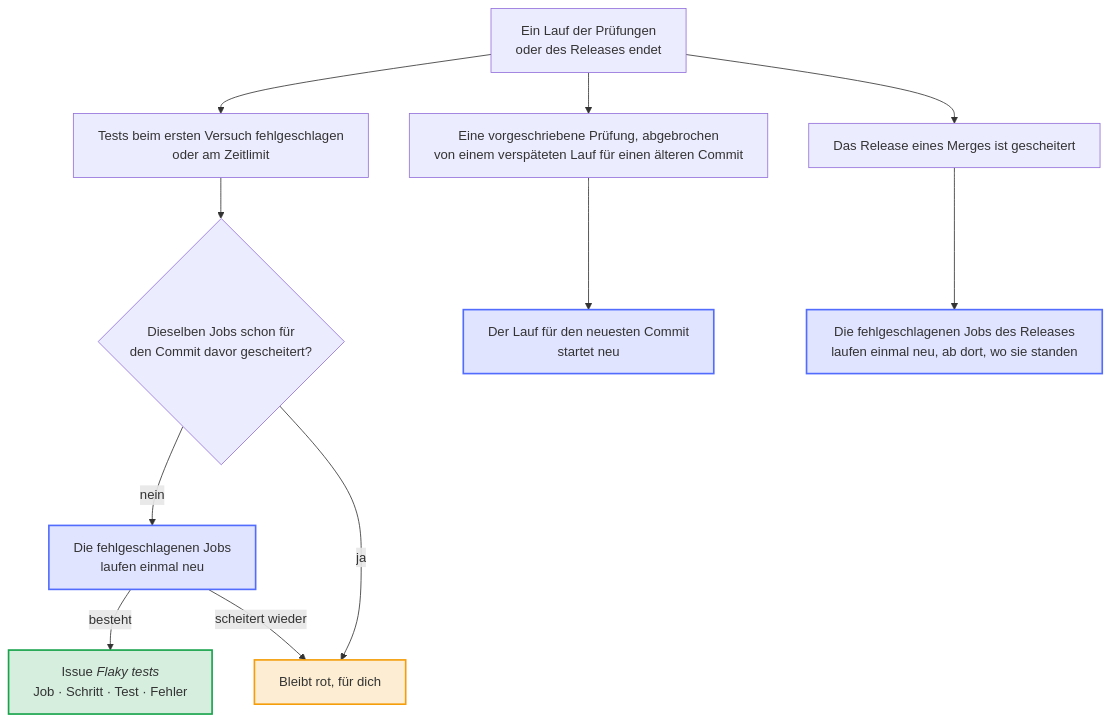
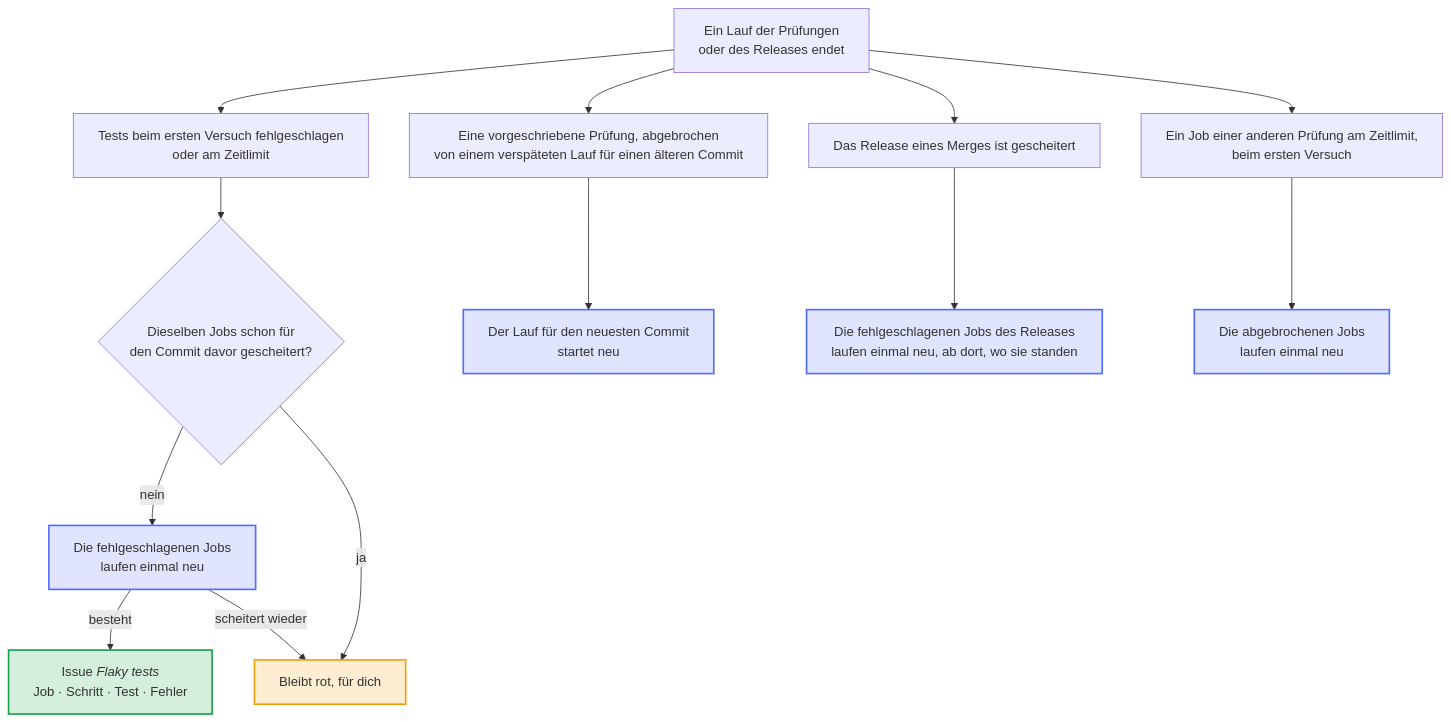
The diagram in docs/diagrams/when-a-check-fails-or-stops.de.mmd (Dennis-Otto/repo-blueprint), drawn with Mermaid before and after one commit. The commit also changed 75 other files, not shown here.

```diff
--- a/docs/diagrams/when-a-check-fails-or-stops.de.mmd
+++ b/docs/diagrams/when-a-check-fails-or-stops.de.mmd
@@ -1,37 +1,41 @@
 ---
 config:
   flowchart:
     wrappingWidth: 400
 ---
 flowchart TB
     accTitle: Wenn eine Prüfung scheitert oder abbricht
-    accDescr: Wenn ein Lauf der Prüfungen oder des Releases endet, schauen die Bots nach den Prüfungen, wie. Tests, die beim ersten Versuch fehlgeschlagen sind oder ihr Zeitlimit erreicht haben, führen ihre fehlgeschlagenen Jobs einmal neu aus, außer dieselben Jobs sind schon für den Commit davor gescheitert; ein Job, der dann besteht, kommt mit seinem Schritt, seinem Test und seinem Fehler in das Issue der wackeligen Tests, und einer, der wieder scheitert, bleibt rot. Eine vorgeschriebene Prüfung, die ein verspäteter Lauf für einen älteren Commit abgebrochen hat, startet neu. Das Release eines Merges, das gescheitert ist, führt seine fehlgeschlagenen Jobs einmal neu aus, dort, wo sie stehen geblieben sind.
+    accDescr: Wenn ein Lauf der Prüfungen oder des Releases endet, schauen die Bots nach den Prüfungen, wie. Tests, die beim ersten Versuch fehlgeschlagen sind oder ihr Zeitlimit erreicht haben, führen ihre fehlgeschlagenen Jobs einmal neu aus, außer dieselben Jobs sind schon für den Commit davor gescheitert; ein Job, der dann besteht, kommt mit seinem Schritt, seinem Test und seinem Fehler in das Issue der wackeligen Tests, und einer, der wieder scheitert, bleibt rot. Eine vorgeschriebene Prüfung, die ein verspäteter Lauf für einen älteren Commit abgebrochen hat, startet neu. Ein Job einer anderen Prüfung, der beim ersten Versuch sein Zeitlimit erreicht hat, läuft einmal neu. Das Release eines Merges, das gescheitert ist, führt seine fehlgeschlagenen Jobs einmal neu aus, dort, wo sie stehen geblieben sind.
 
     run["Ein Lauf der Prüfungen<br>oder des Releases endet"]
     tests["Tests beim ersten Versuch fehlgeschlagen<br>oder am Zeitlimit"]
     raced["Eine vorgeschriebene Prüfung, abgebrochen<br>von einem verspäteten Lauf für einen älteren Commit"]
     release["Das Release eines Merges ist gescheitert"]
+    late["Ein Job einer anderen Prüfung am Zeitlimit,<br>beim ersten Versuch"]
     before{"Dieselben Jobs schon für<br>den Commit davor gescheitert?"}
     again["Die fehlgeschlagenen Jobs<br>laufen einmal neu"]
     flaky["`Issue *Flaky tests*<br>Job · Schritt · Test · Fehler`"]
     restart["Der Lauf für den neuesten Commit<br>startet neu"]
     resume["Die fehlgeschlagenen Jobs des Releases<br>laufen einmal neu, ab dort, wo sie standen"]
+    once["Die abgebrochenen Jobs<br>laufen einmal neu"]
     red["Bleibt rot, für dich"]
 
     run --> tests
     run --> raced
     run --> release
+    run --> late
     tests --> before
     before -- "nein" --> again
     before -- "ja" --> red
     again -- "besteht" --> flaky
     again -- "scheitert wieder" --> red
     raced --> restart
+    late --> once
     release --> resume
 
     classDef bot fill:#526cfe2e,stroke:#526cfe,stroke-width:2px
     classDef person fill:#f59e0b2e,stroke:#f59e0b,stroke-width:2px
     classDef done fill:#16a34a2e,stroke:#16a34a,stroke-width:2px
-    class again,restart,resume bot
+    class again,restart,resume,once bot
     class red person
     class flaky done
```
